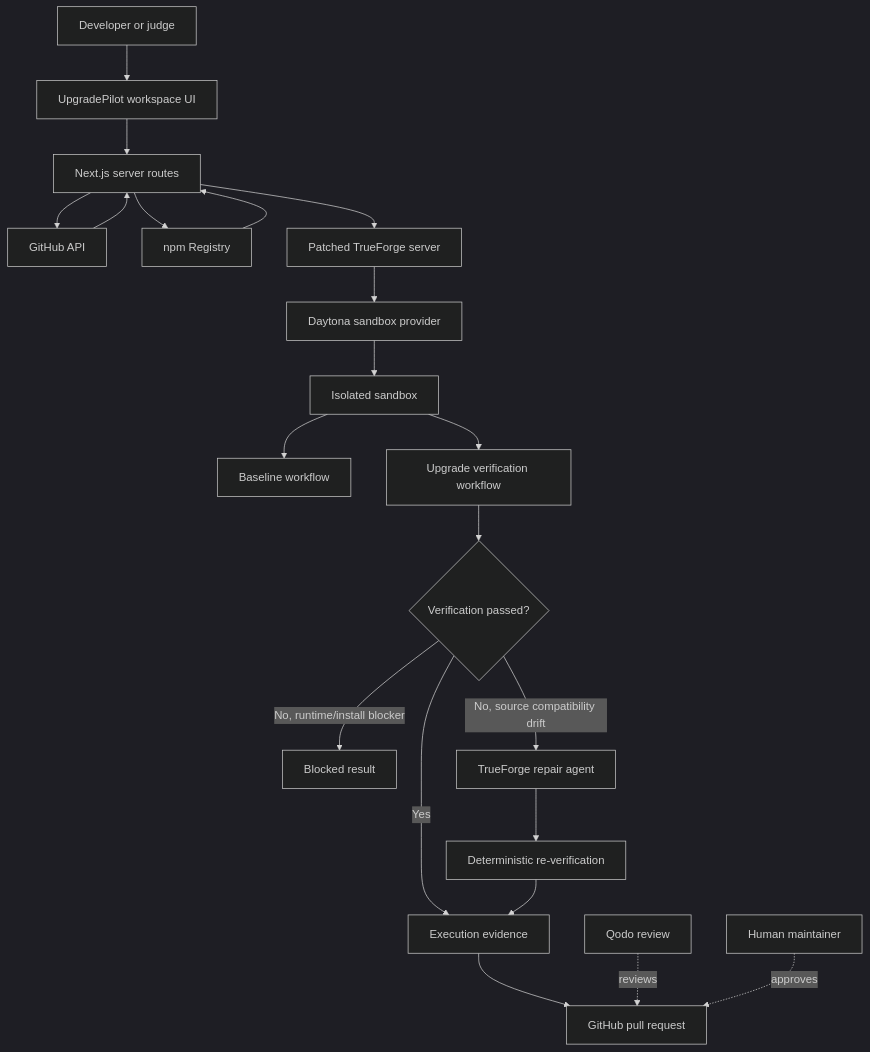
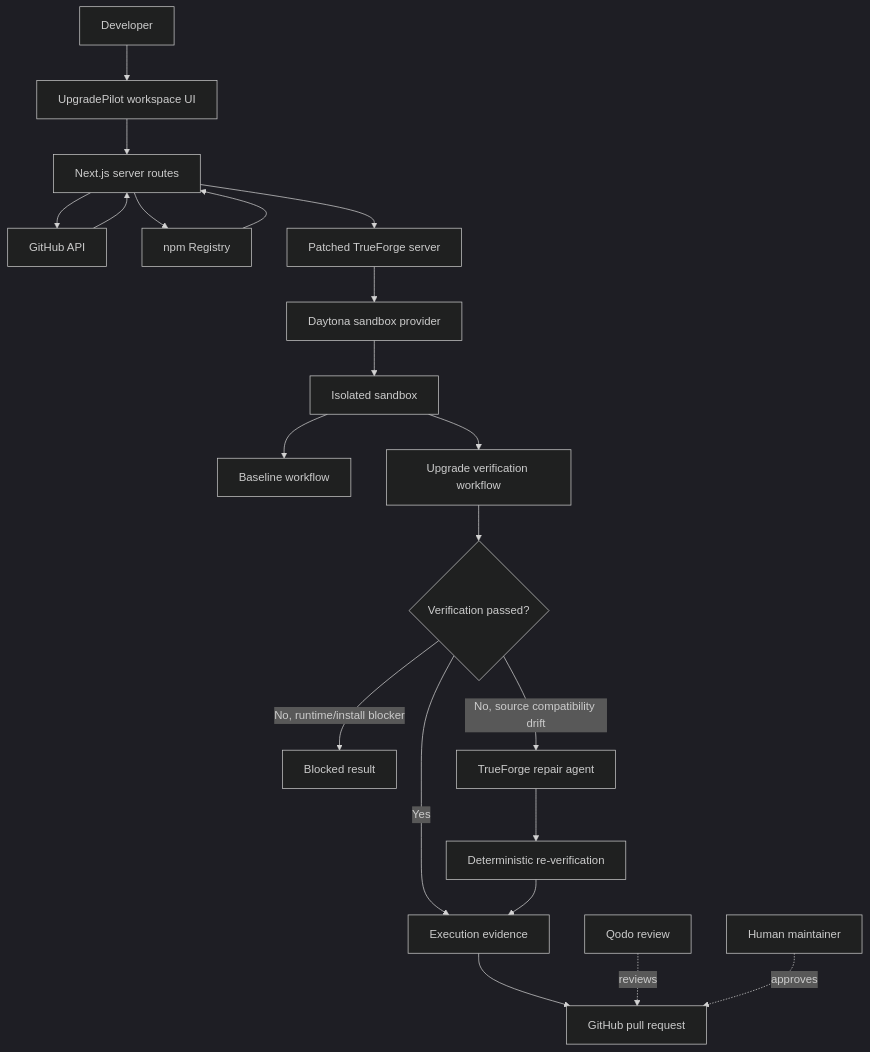
The diagram in README.md (JAIVIGNESH2002/UpgradePilot), drawn with Mermaid (dark theme) before and after one commit. The commit also changed other lines of this file, not shown here.

````diff
--- a/README.md
+++ b/README.md
@@ -64,30 +64,30 @@
 ```mermaid
 flowchart TD
-  User[Developer or judge] --> UI[UpgradePilot workspace UI]
+  User[Developer] --> UI[UpgradePilot workspace UI]
   UI --> API[Next.js server routes]
 
   API --> GitHub[GitHub API]
   API --> Registry[npm Registry]
   API --> TF[Patched TrueForge server]
 
   GitHub --> API
   Registry --> API
 
   TF --> Daytona[Daytona sandbox provider]
   Daytona --> Sandbox[Isolated sandbox]
 
   Sandbox --> Baseline[Baseline workflow]
   Sandbox --> Upgrade[Upgrade verification workflow]
 
   Upgrade --> Checks{Verification passed?}
   Checks -->|Yes| Evidence[Execution evidence]
   Checks -->|No, runtime/install blocker| Blocked[Blocked result]
   Checks -->|No, source compatibility drift| Repair[TrueForge repair agent]
 
   Repair --> Reverify[Deterministic re-verification]
   Reverify --> Evidence
   Evidence --> PR[GitHub pull request]
 
   Qodo[Qodo review] -. reviews .-> PR
   Human[Human maintainer] -. approves .-> PR
 ```
````
